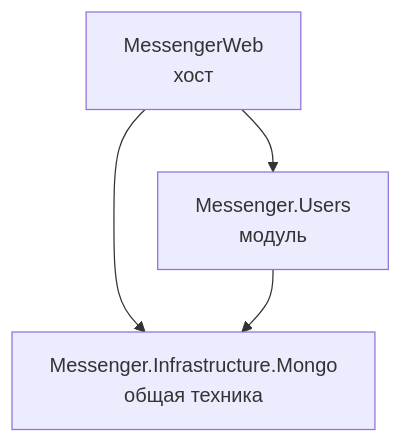
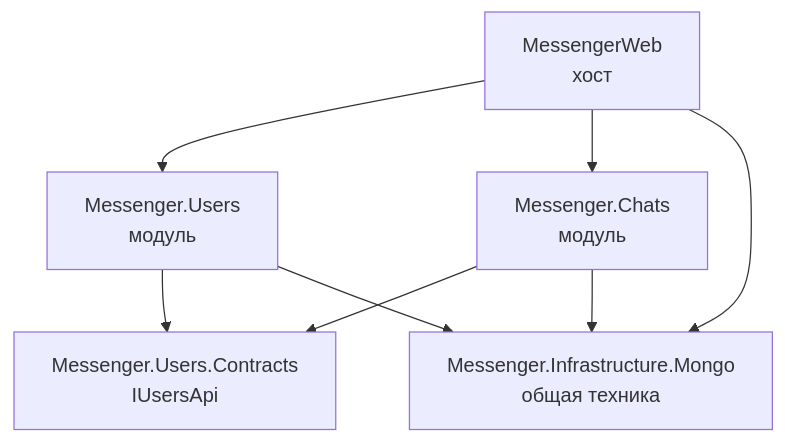
The diagram in README.md (superguestgg/MessengerBackend), drawn with Mermaid before and after one commit. The commit also changed other lines of this file and 67 other files, not shown here.

````diff
--- a/README.md
+++ b/README.md
@@ -84,6 +87,10 @@
 ```mermaid
 graph TD
     Web[MessengerWeb<br/>хост] --> Users[Messenger.Users<br/>модуль]
+    Web --> Chats[Messenger.Chats<br/>модуль]
     Web --> Mongo[Messenger.Infrastructure.Mongo<br/>общая техника]
+    Users --> Contracts[Messenger.Users.Contracts<br/>IUsersApi]
+    Chats --> Contracts
     Users --> Mongo
+    Chats --> Mongo
 ```
````
